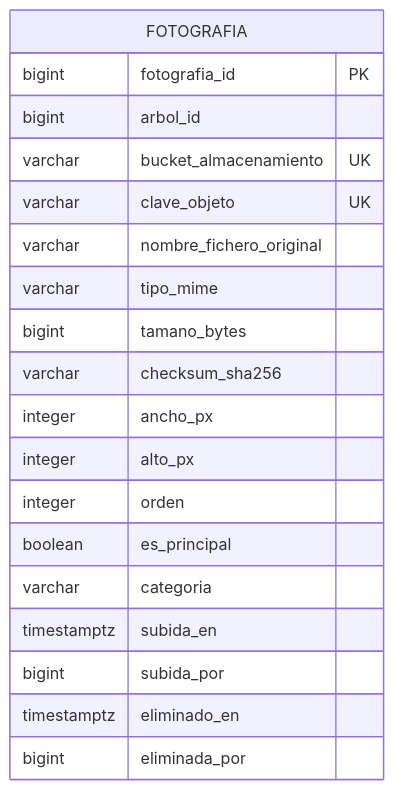
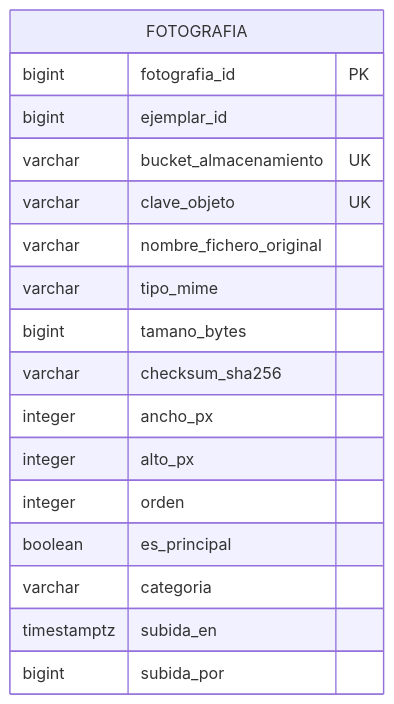
One commit to LIDR-academy/AI4Devs-finalproject changed diagram 17 of 19 in readme.md. Above: the diagram before and after it, drawn with Mermaid. The commit also changed other lines of this file and 345 other files, not shown here.

````diff
--- a/readme.md
+++ b/readme.md
@@ -1172,23 +1171,21 @@
 ```mermaid
 erDiagram
     %% UK compuesta uq_fotografia_objeto (bucket_almacenamiento, clave_objeto)
     FOTOGRAFIA {
         bigint fotografia_id PK
-        bigint arbol_id
+        bigint ejemplar_id
         varchar bucket_almacenamiento UK
         varchar clave_objeto UK
         varchar nombre_fichero_original
         varchar tipo_mime
         bigint tamano_bytes
         varchar checksum_sha256
         integer ancho_px
         integer alto_px
         integer orden
         boolean es_principal
         varchar categoria
         timestamptz subida_en
         bigint subida_por
-        timestamptz eliminado_en
-        bigint eliminada_por
     }
 ```
````
